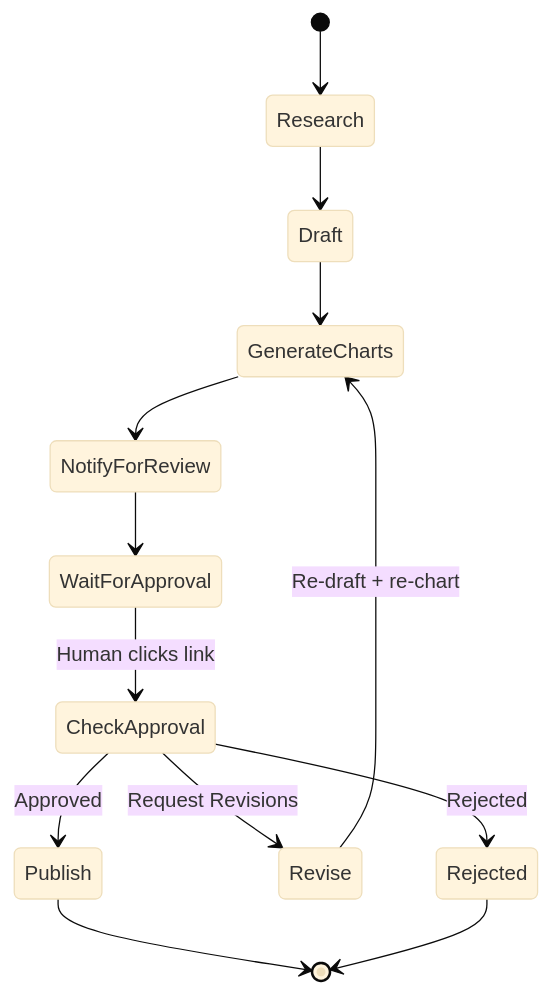
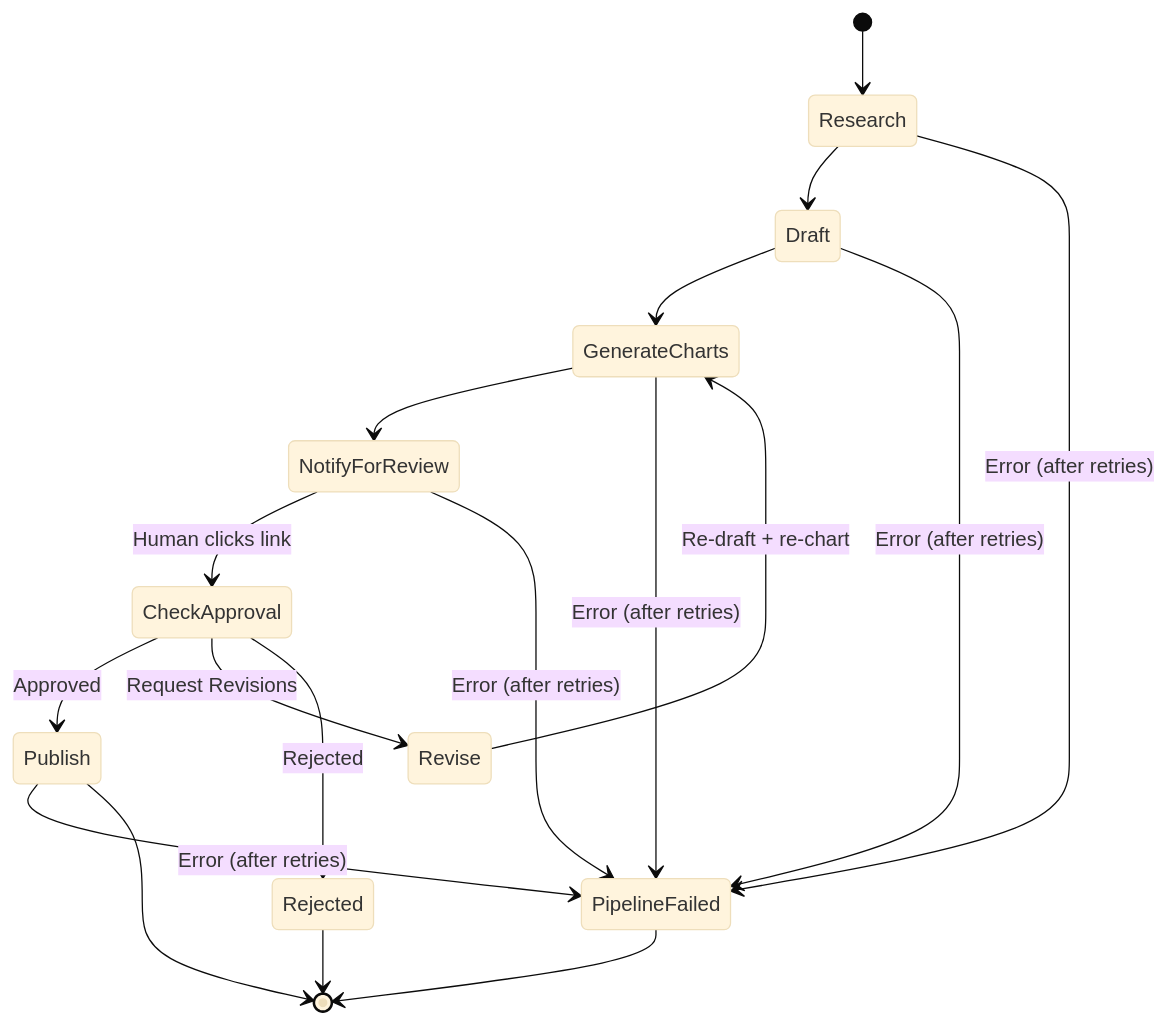
The fourth of 4 diagrams in README.md (kzaky/khaledzaky.com), drawn with Mermaid (base theme) before and after one commit. The commit also changed other lines of this file and 1 other file, not shown here.

````diff
--- a/README.md
+++ b/README.md
@@ -228,15 +231,20 @@
 ```mermaid
 stateDiagram-v2
     [*] --> Research
     Research --> Draft
     Draft --> GenerateCharts
     GenerateCharts --> NotifyForReview
-    NotifyForReview --> WaitForApproval
-    WaitForApproval --> CheckApproval: Human clicks link
+    NotifyForReview --> CheckApproval: Human clicks link
     CheckApproval --> Publish: Approved
     CheckApproval --> Revise: Request Revisions
     CheckApproval --> Rejected: Rejected
     Revise --> GenerateCharts: Re-draft + re-chart
+    Research --> PipelineFailed: Error (after retries)
+    Draft --> PipelineFailed: Error (after retries)
+    GenerateCharts --> PipelineFailed: Error (after retries)
+    NotifyForReview --> PipelineFailed: Error (after retries)
+    Publish --> PipelineFailed: Error (after retries)
     Publish --> [*]
     Rejected --> [*]
+    PipelineFailed --> [*]
 ```
````
